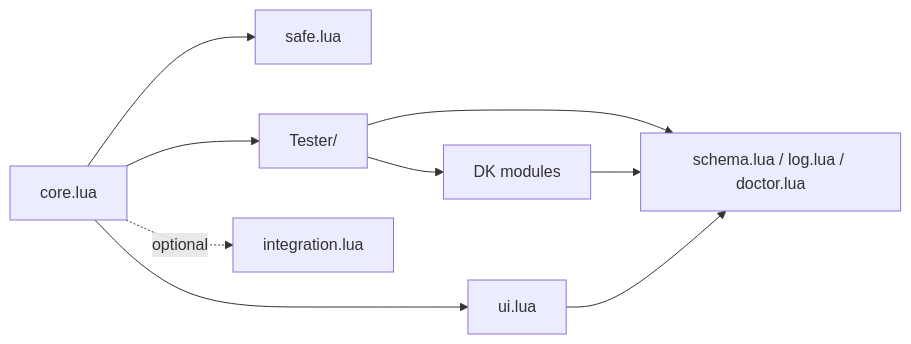
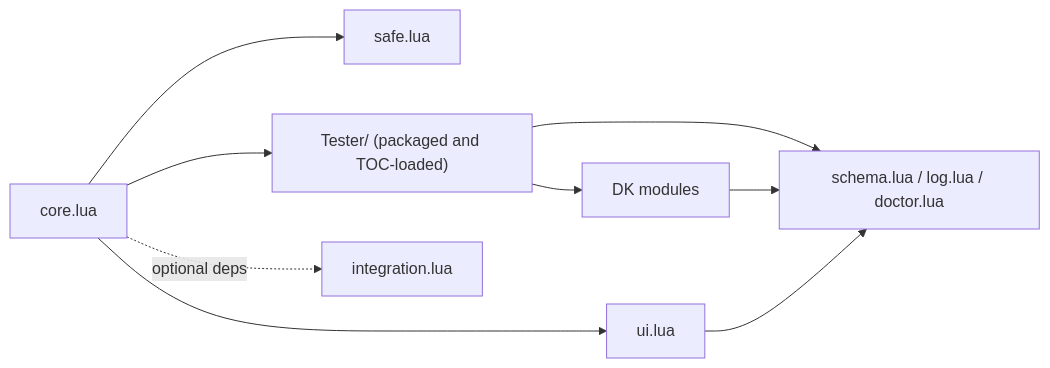
One commit to UnknownAlienHuman/roth-secret-tester changed the diagram in CODE_GRAPH.md. Above: the diagram before and after it, drawn with Mermaid. The commit also changed 3 other files, not shown here.

````diff
--- a/CODE_GRAPH.md
+++ b/CODE_GRAPH.md
@@ -3,11 +3,11 @@
 ```mermaid
 flowchart LR
   Boot[core.lua] --> Safe[safe.lua]
-  Boot --> Tester[Tester/]
+  Boot --> Tester["Tester/ (packaged and TOC-loaded)"]
   Tester --> Modules[DK modules]
   Tester --> Data[schema.lua / log.lua / doctor.lua]
   Modules --> Data
   Boot --> UI[ui.lua]
   UI --> Data
-  Boot -. optional .-> Integrations[integration.lua]
+  Boot -. optional deps .-> Integrations[integration.lua]
 ```
````
